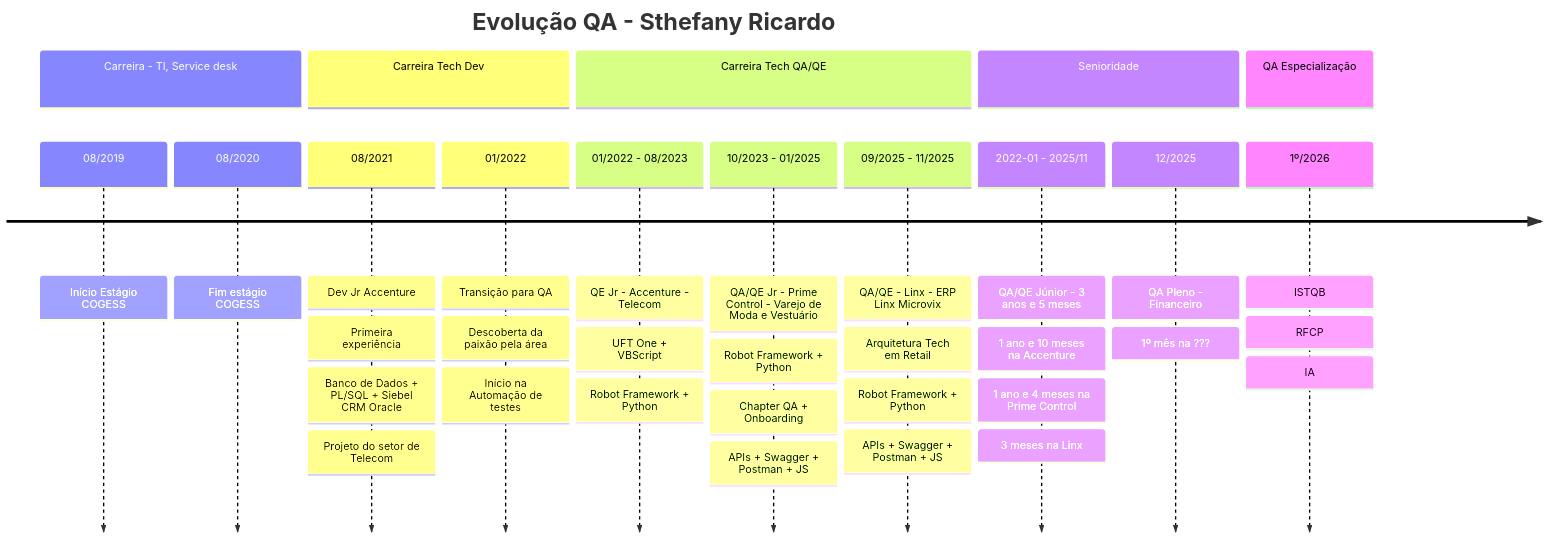
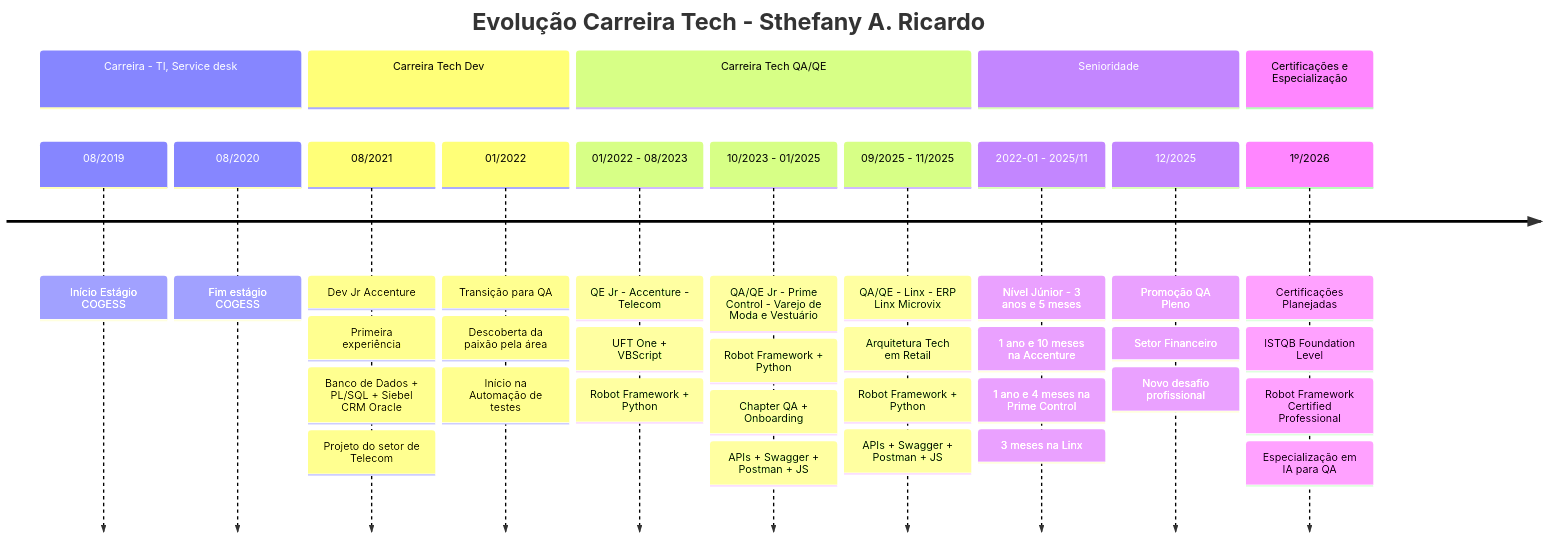
Before and after one commit to sthefanyricardo/sthefanyricardo: the first of 2 diagrams in README.md, drawn with Mermaid. The commit also changed other lines of this file, not shown here.

Commit message:
Destaques: Adição de linha do tempo profissional com diagramas de sereia
- Adição de linha do tempo detalhada da progressão de carreira
- Adição de linha do tempo da trajetória acadêmica
- Atualização da seção de estudos com os cursos atuais
- Melhoria na estrutura geral do perfil

````diff
--- a/README.md
+++ b/README.md
@@ -37,46 +37,49 @@
 ```mermaid
 timeline
-    title Evolução QA - Sthefany Ricardo
+    title Evolução Carreira Tech - Sthefany A. Ricardo
     
     section Carreira - TI, Service desk
     08/2019 : Início Estágio COGESS
     08/2020 : Fim estágio COGESS
     
     section Carreira Tech Dev
     08/2021 : Dev Jr Accenture
             : Primeira experiência
             : Banco de Dados + PL/SQL + Siebel CRM Oracle
             : Projeto do setor de Telecom
     
     01/2022 : Transição para QA
             : Descoberta da paixão pela área
             : Início na Automação de testes
     
     section Carreira Tech QA/QE
     01/2022 - 08/2023 : QE Jr - Accenture - Telecom
                       : UFT One + VBScript
                       : Robot Framework + Python
     
     10/2023 - 01/2025 : QA/QE Jr - Prime Control - Varejo de Moda e Vestuário
                       : Robot Framework + Python
                       : Chapter QA + Onboarding
                       : APIs + Swagger + Postman + JS
 
     09/2025 - 11/2025 : QA/QE - Linx - ERP Linx Microvix
                       : Arquitetura Tech em Retail
                       : Robot Framework + Python
                       : APIs + Swagger + Postman + JS
     
     section Senioridade
-    2022-01 - 2025/11 : QA/QE Júnior - 3 anos e 5 meses
+    2022-01 - 2025/11 : Nível Júnior - 3 anos e 5 meses
                       : 1 ano e 10 meses na Accenture
                       : 1 ano e 4 meses na Prime Control
                       : 3 meses na Linx
 
-    12/2025 : QA Pleno - Financeiro
-            : 1º mês na ???
+    12/2025 : Promoção QA Pleno
+            : Setor Financeiro
+            : Novo desafio profissional
 
-    section QA Especialização
-    1º/2026
-            : ISTQB : RFCP : IA
+    section Certificações e Especialização
+    1º/2026 : Certificações Planejadas
+            : ISTQB Foundation Level
+            : Robot Framework Certified Professional
+            : Especialização em IA para QA
 ```
````
